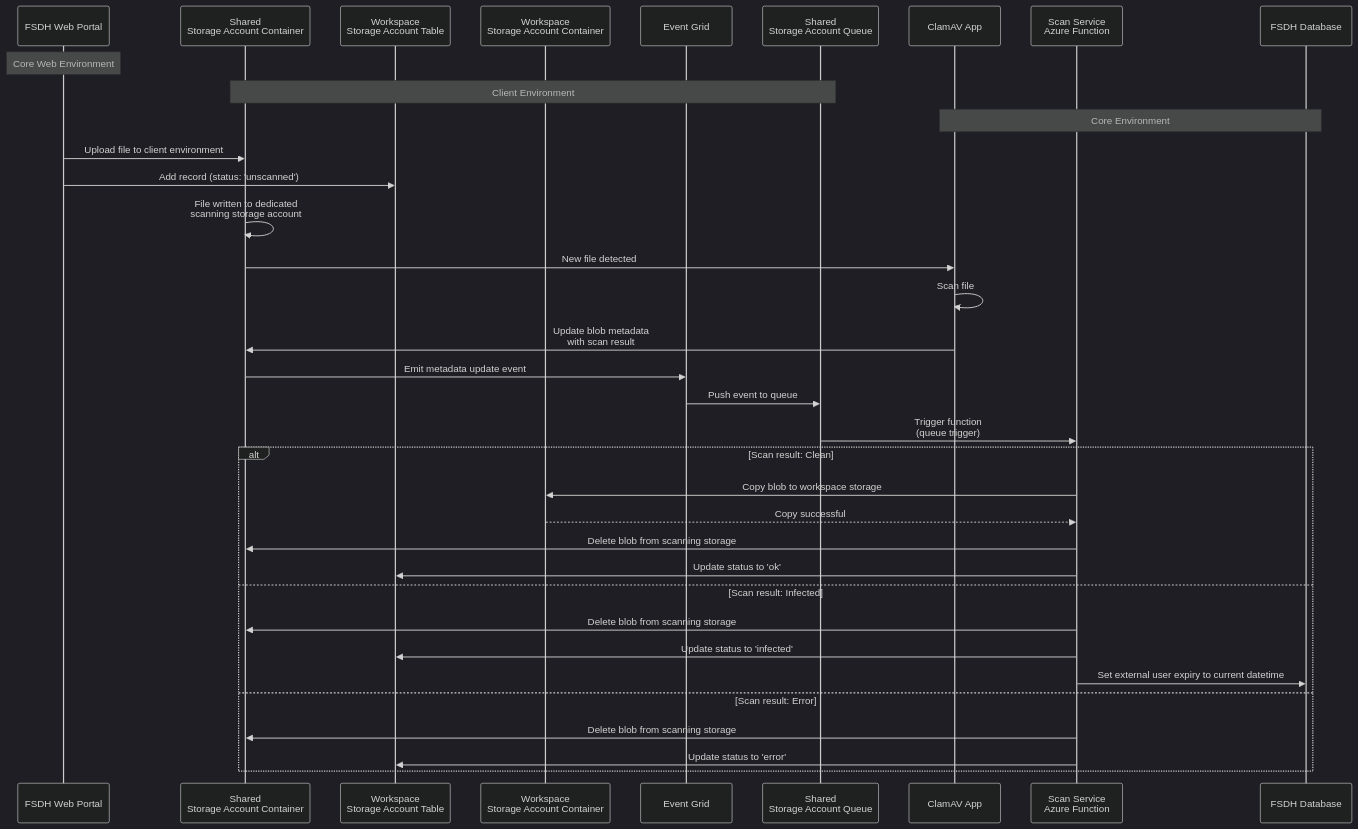
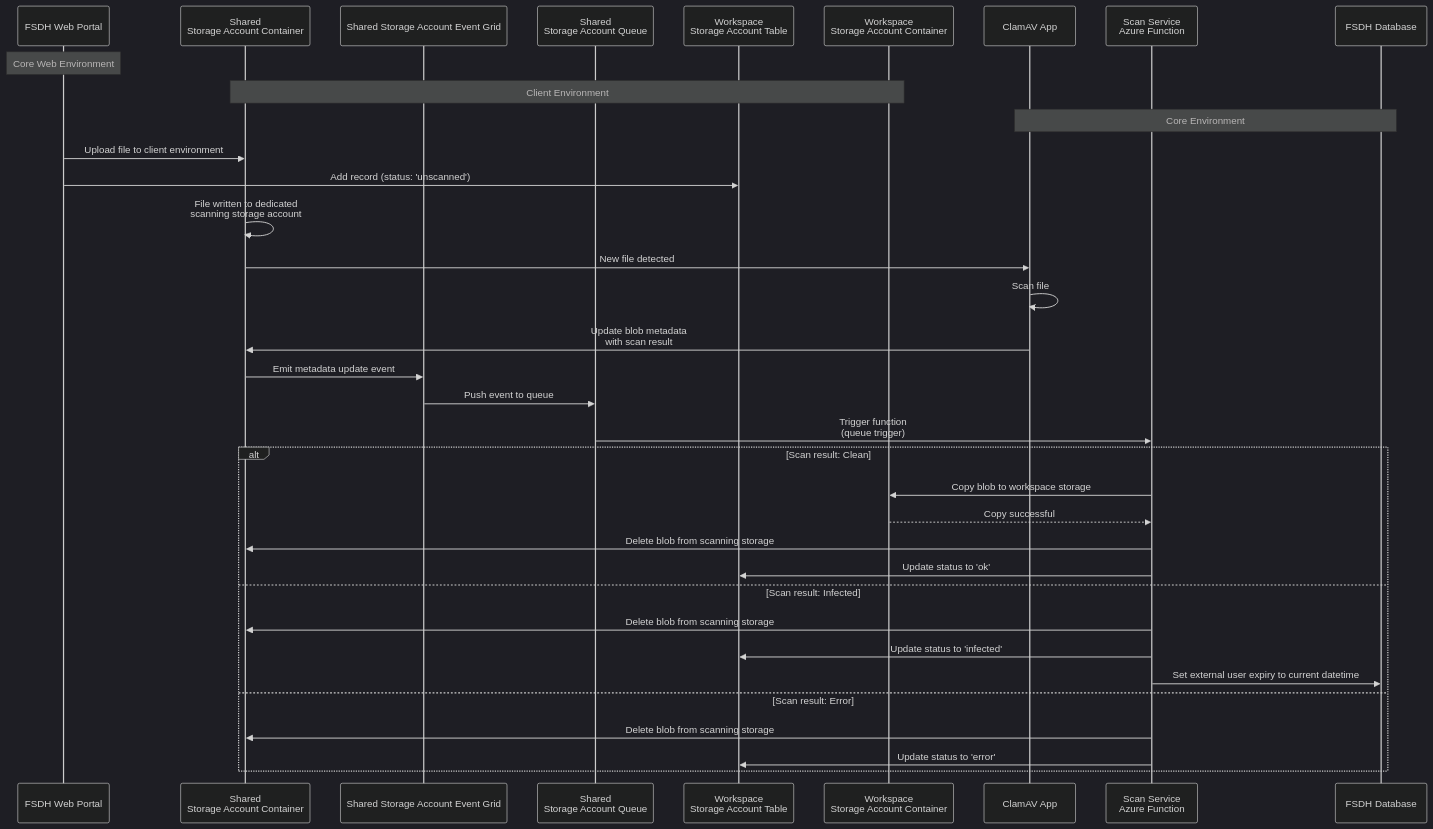
Before and after one commit to ssc-sp/datahub-docs: the diagram in DeveloperGuide/ClamAV/file-scanning-sequence-diagram.md, drawn with Mermaid (dark theme).

Commit message:
updated documentation for ClamAV

````diff
--- a/DeveloperGuide/ClamAV/file-scanning-sequence-diagram.md
+++ b/DeveloperGuide/ClamAV/file-scanning-sequence-diagram.md
@@ -5,44 +5,44 @@
 ```mermaid
 sequenceDiagram
     participant Portal as FSDH Web Portal
     participant ScanStorage as Shared<br/> Storage Account Container
+    participant EventGrid as Shared Storage Account Event Grid
+    participant Queue as Shared<br/>Storage Account Queue
     participant ClientTable as Workspace<br/> Storage Account Table
     participant WorkspaceStorage as Workspace<br/>Storage Account Container
-    participant EventGrid as Event Grid
-    participant Queue as Shared<br/>Storage Account Queue
     participant ClamAV as ClamAV App
     participant ScanFunc as Scan Service<br/>Azure Function
     participant Database as FSDH Database
 
     Note over Portal: Core Web Environment
-    Note over ScanStorage,Queue: Client Environment
+    Note over ScanStorage,WorkspaceStorage: Client Environment
     Note over ClamAV,Database: Core Environment
     
     Portal->>ScanStorage: Upload file to client environment
     Portal->>ClientTable: Add record (status: 'unscanned')
     
     ScanStorage->>ScanStorage: File written to dedicated<br/>scanning storage account
     
     ScanStorage->>ClamAV: New file detected
     ClamAV->>ClamAV: Scan file
     ClamAV->>ScanStorage: Update blob metadata<br/>with scan result
     
     ScanStorage->>EventGrid: Emit metadata update event
     EventGrid->>Queue: Push event to queue
     
     Queue->>ScanFunc: Trigger function<br/>(queue trigger)
     
     alt Scan result: Clean
         ScanFunc->>WorkspaceStorage: Copy blob to workspace storage
         WorkspaceStorage-->>ScanFunc: Copy successful
         ScanFunc->>ScanStorage: Delete blob from scanning storage
         ScanFunc->>ClientTable: Update status to 'ok'
     else Scan result: Infected
         ScanFunc->>ScanStorage: Delete blob from scanning storage
         ScanFunc->>ClientTable: Update status to 'infected'
         ScanFunc->>Database: Set external user expiry to current datetime
     else Scan result: Error
         ScanFunc->>ScanStorage: Delete blob from scanning storage
         ScanFunc->>ClientTable: Update status to 'error'
     end
 ```
````
